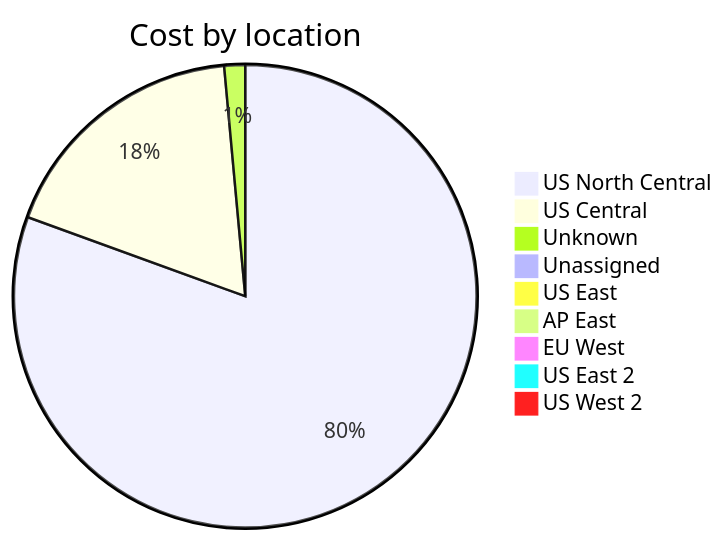
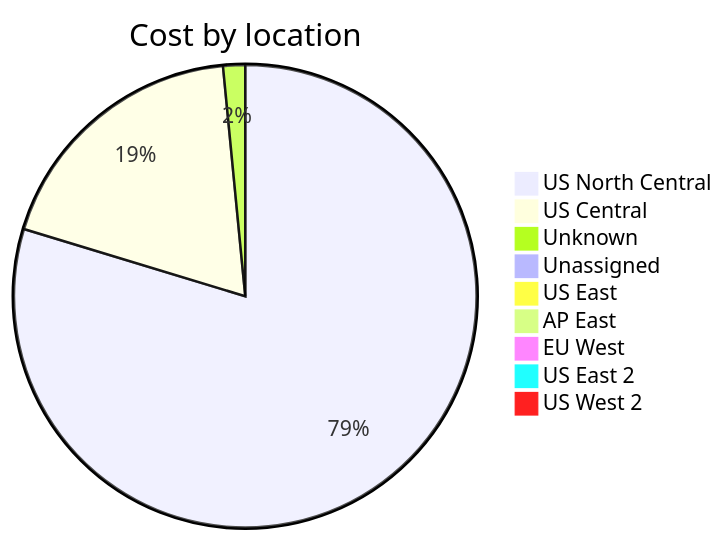
Before and after one commit to jpfulton/azure-personal-reports: the third of 4 diagrams in cost-reports/accumulated-cost.md, drawn with Mermaid. The commit also changed other lines of this file and 4 other files, not shown here.

````diff
--- a/cost-reports/accumulated-cost.md
+++ b/cost-reports/accumulated-cost.md
@@ -127,13 +127,13 @@
 ```mermaid
 pie
    title Cost by location
-   "US North Central" : 4.97
-   "US Central" : 1.11
-   "Unknown" : 0.09
-   "Unassigned" : 0.05
-   "US East" : 0.02
+   "US North Central" : 7.26
+   "US Central" : 1.71
+   "Unknown" : 0.14
+   "Unassigned" : 0.07
+   "US East" : 0.03
    "AP East" : 0.00
    "EU West" : 0.00
    "US East 2" : 0.00
    "US West 2" : 0.00
 ```
````
